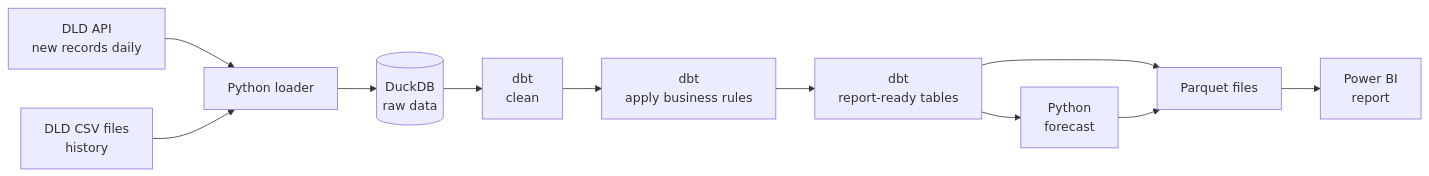
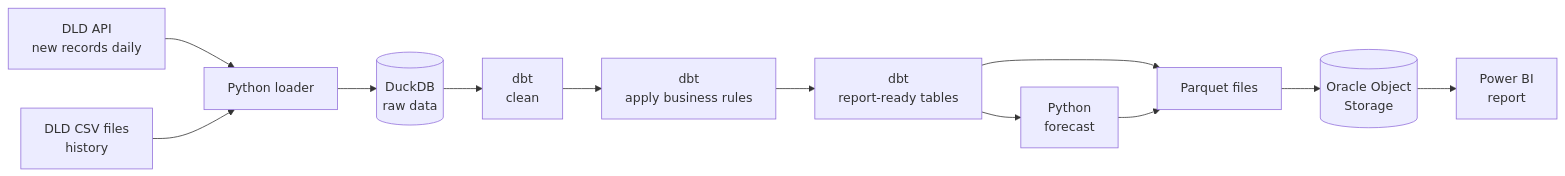
Before and after one commit to zulhaq-analytics/dubai-real-estate-snowflake-dbt: the diagram in README.md, drawn with Mermaid. The commit also changed other lines of this file, not shown here.

````diff
--- a/README.md
+++ b/README.md
@@ -44,13 +44,14 @@
 ```mermaid
 flowchart LR
     A[DLD API<br/>new records daily] --> C[Python loader]
     B[DLD CSV files<br/>history] --> C
     C --> D[(DuckDB<br/>raw data)]
     D --> E[dbt<br/>clean]
     E --> F[dbt<br/>apply business rules]
     F --> G[dbt<br/>report-ready tables]
     G --> H[Python<br/>forecast]
     G --> I[Parquet files]
     H --> I
-    I --> J[Power BI<br/>report]
+    I --> K[(Oracle Object<br/>Storage)]
+    K --> J[Power BI<br/>report]
 ```
````
